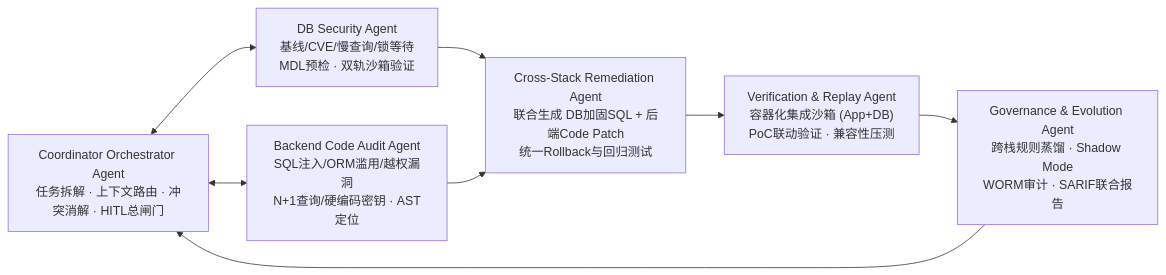
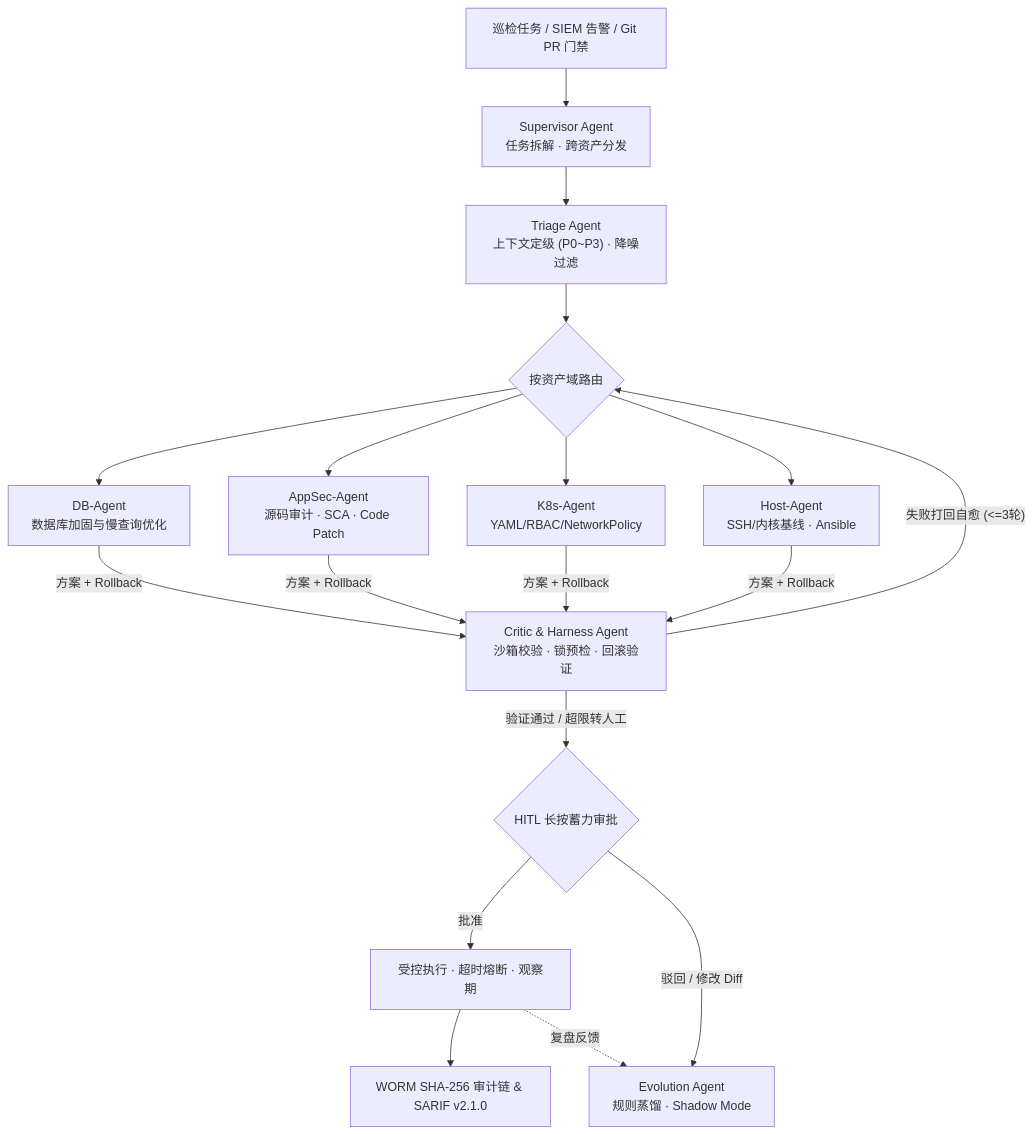
Before and after one commit to aneigeer/AegisForge: the diagram in README.md, drawn with Mermaid. The commit also changed other lines of this file and 22 other files, not shown here.

````diff
--- a/README.md
+++ b/README.md
@@ -163,14 +44,19 @@
 ```mermaid
-flowchart LR
-    Coord["Coordinator Orchestrator Agent<br/>任务拆解 · 上下文路由 · 冲突消解 · HITL总闸门"]
+flowchart TD
+    Input["巡检任务 / SIEM 告警 / Git PR 门禁"] --> Sup["Supervisor Agent<br/>任务拆解 · 跨资产分发"]
+    Sup --> Triage["Triage Agent<br/>上下文定级 (P0~P3) · 降噪过滤"]
+    Triage --> Router{"按资产域路由"}
 
-    DBAgent["DB Security Agent<br/>基线/CVE/慢查询/锁等待<br/>MDL预检 · 双轨沙箱验证"]
-    CodeAgent["Backend Code Audit Agent<br/>SQL注入/ORM滥用/越权漏洞<br/>N+1查询/硬编码密钥 · AST定位"]
-    FixAgent["Cross-Stack Remediation Agent<br/>联合生成 DB加固SQL + 后端Code Patch<br/>统一Rollback与回归测试"]
-    VeriAgent["Verification & Replay Agent<br/>容器化集成沙箱 (App+DB)<br/>PoC联动验证 · 兼容性压测"]
-    EvoAgent["Governance & Evolution Agent<br/>跨栈规则蒸馏 · Shadow Mode<br/>WORM审计 · SARIF联合报告"]
+    Router --> DB["DB-Agent<br/>数据库加固与慢查询优化"]
+    Router --> AppSec["AppSec-Agent<br/>源码审计 · SCA · Code Patch"]
+    Router --> K8s["K8s-Agent<br/>YAML/RBAC/NetworkPolicy"]
+    Router --> Host["Host-Agent<br/>SSH/内核基线 · Ansible"]
 
-    Coord <--> DBAgent
-    Coord <--> CodeAgent
-    DBAgent & CodeAgent --> FixAgent --> VeriAgent --> EvoAgent --> Coord
+    DB & AppSec & K8s & Host -->|"方案 + Rollback"| Critic["Critic & Harness Agent<br/>沙箱校验 · 锁预检 · 回滚验证"]
+    Critic -->|"失败打回自愈 (<=3轮)"| Router
+    Critic -->|"验证通过 / 超限转人工"| HITL{"HITL 长按蓄力审批"}
+    HITL -->|"批准"| Exec["受控执行 · 超时熔断 · 观察期"]
+    HITL -->|"驳回 / 修改 Diff"| Evo["Evolution Agent<br/>规则蒸馏 · Shadow Mode"]
+    Exec --> Audit["WORM SHA-256 审计链 & SARIF v2.1.0"]
+    Exec -.->|"复盘反馈"| Evo
 ```
````
